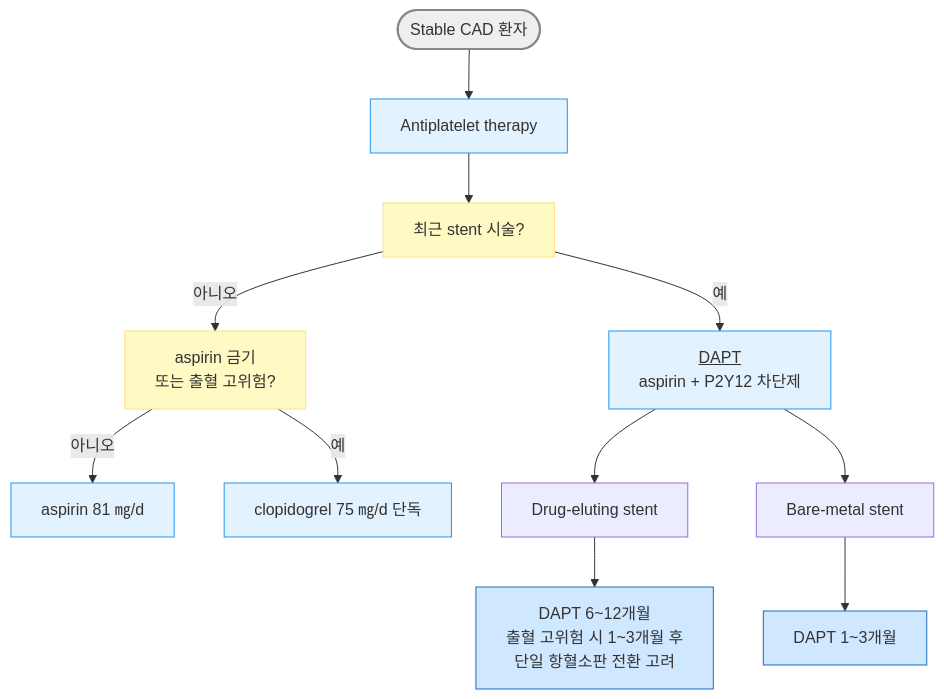
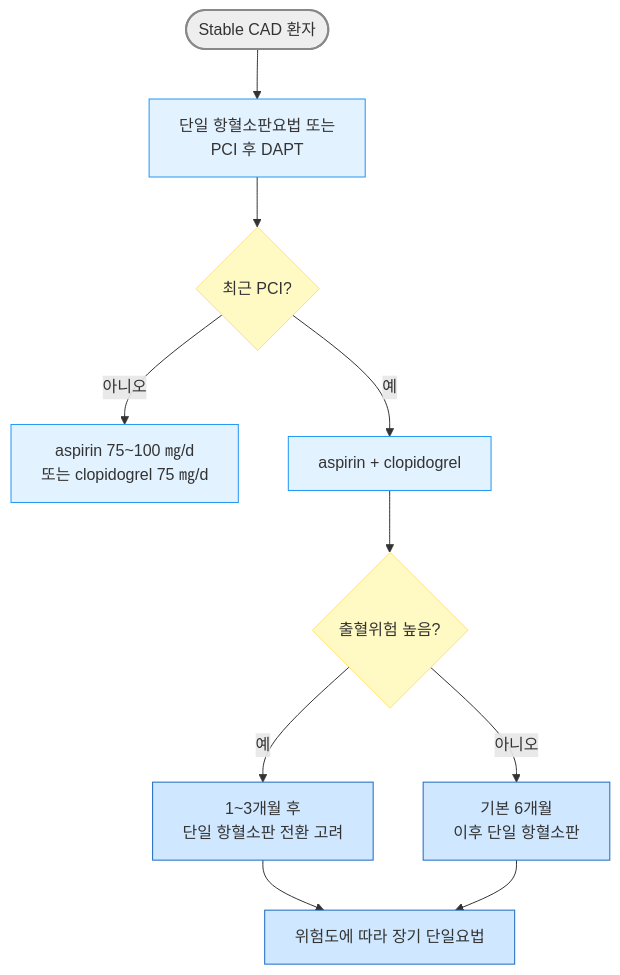
The second of 3 diagrams in 225_/097_-angina-pectoris.md (familyoh77/familyoh77), drawn with Mermaid before and after one commit. The commit also changed other lines of this file, not shown here.

````diff
--- a/225_/097_-angina-pectoris.md
+++ b/225_/097_-angina-pectoris.md
@@ -498,21 +477,20 @@
 ```mermaid
 graph TD
-    A([Stable CAD 환자]) --> B[Antiplatelet therapy]
-    B --> C[최근 stent 시술?]
-    C -- 아니오 --> D[aspirin 금기\n또는 출혈 고위험?]
-    C -- 예 --> E[<u>DAPT</u>\naspirin + P2Y12 차단제]
-    D -- 아니오 --> F[aspirin 81 ㎎/d]
-    D -- 예 --> G[clopidogrel 75 ㎎/d 단독]
-    E --> H[Drug-eluting stent]
-    E --> I[Bare-metal stent]
-    H --> J[DAPT 6~12개월\n출혈 고위험 시 1~3개월 후\n 단일 항혈소판 전환 고려]
-    I --> K[DAPT 1~3개월]
+    A([Stable CAD 환자]) --> B[단일 항혈소판요법 또는<br/>PCI 후 DAPT]
+    B --> C{최근 PCI?}
+    C -- 아니오 --> D[aspirin 75~100 ㎎/d<br/>또는 clopidogrel 75 ㎎/d]
+    C -- 예 --> E[aspirin + clopidogrel]
+    E --> F{출혈위험 높음?}
+    F -- 예 --> G[1~3개월 후<br/>단일 항혈소판 전환 고려]
+    F -- 아니오 --> H[기본 6개월<br/>이후 단일 항혈소판]
+    G --> I[위험도에 따라 장기 단일요법]
+    H --> I
 
 style A fill:#eeeeee,stroke:#888888,stroke-width:2px
 classDef yellow fill:#fff9c4,stroke:#ffe082
-class C,D yellow
+class C,F yellow
 classDef sky fill:#e3f2ff,stroke:#2196f3
-class B,E,F,G sky
+class B,E,D sky
 classDef blue fill:#d0e8ff,stroke:#1a6abf
-class J,K blue
+class G,H,I blue
 ```
````
